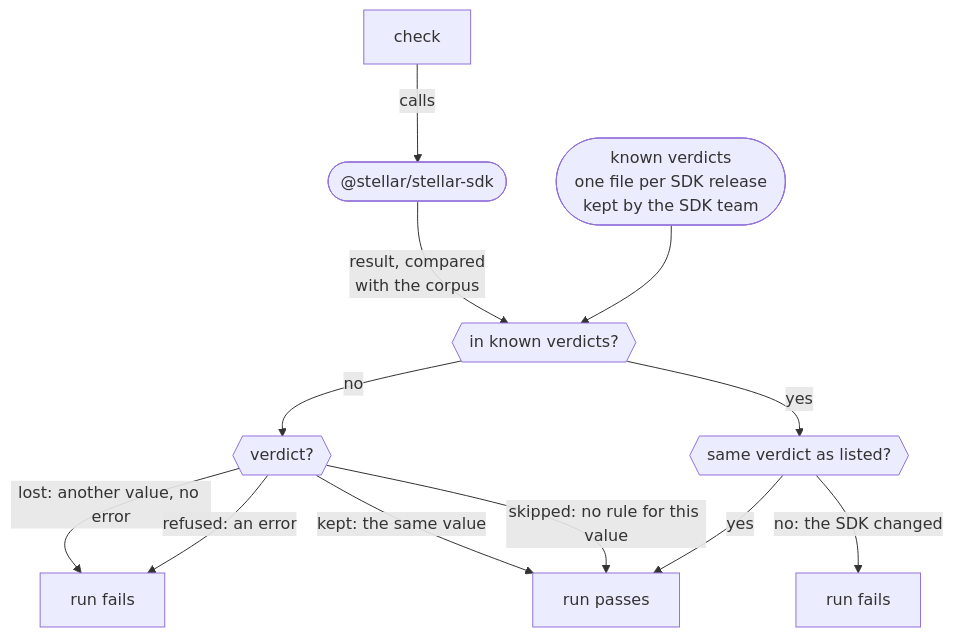
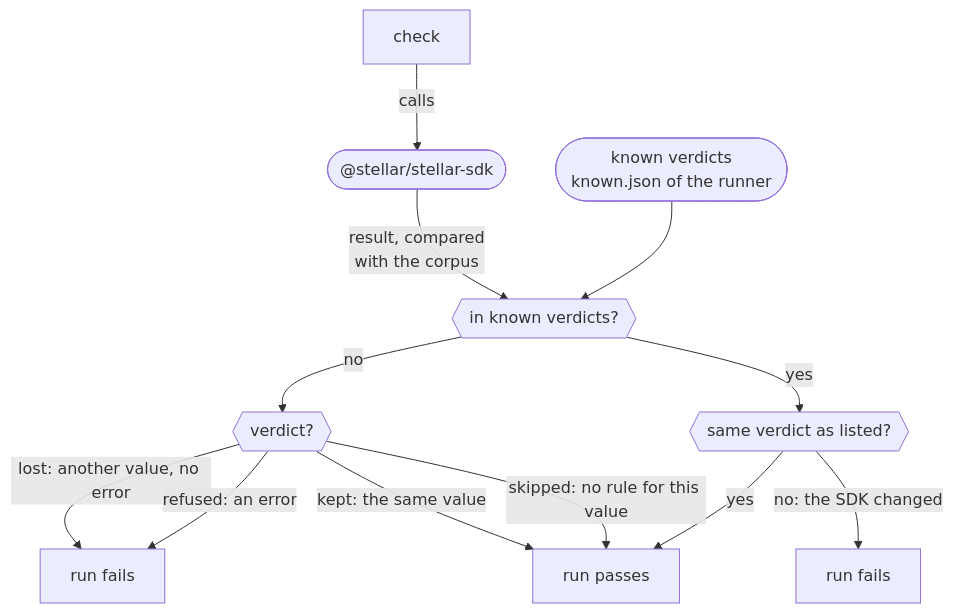
Before and after one commit to baking-bad/xdr-coverage-kit: the fourth of 5 diagrams in ARCHITECTURE.md, drawn with Mermaid. The commit also changed other lines of this file, not shown here.

First line of the commit message:
docs: keep ARCHITECTURE.md to how the kit works

````diff
--- a/ARCHITECTURE.md
+++ b/ARCHITECTURE.md
@@ -227,27 +214,27 @@
 ```mermaid
 %%{init: {"flowchart": {"wrappingWidth": 400}}}%%
 flowchart TB
   check["check"]
   sdk(["@stellar/stellar-sdk"])
-  known(["known verdicts<br/>one file per SDK release<br/>kept by the SDK team"])
+  known(["known verdicts<br/>known.json of the runner"])
   listed{{"in known verdicts?"}}
   which{{"verdict?"}}
   same{{"same verdict as listed?"}}
   fail1["run fails"]
   pass["run passes"]
   fail2["run fails"]
 
   check -->|calls| sdk
   sdk -->|"result, compared<br/>with the corpus"| listed
   known --> listed
   listed -->|no| which
   listed -->|yes| same
   which -->|"lost: another value, no error"| fail1
   which -->|"refused: an error"| fail1
   which -->|"kept: the same value"| pass
   which -->|"skipped: no rule for this value"| pass
   same -->|yes| pass
   same -->|"no: the SDK changed"| fail2
 
 
 ```
````
